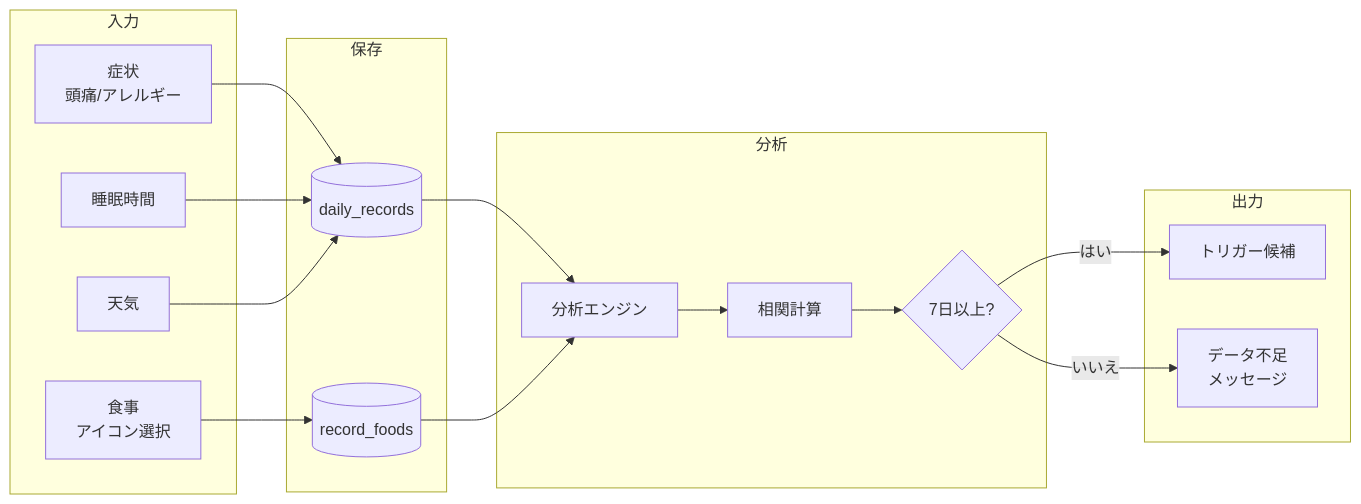
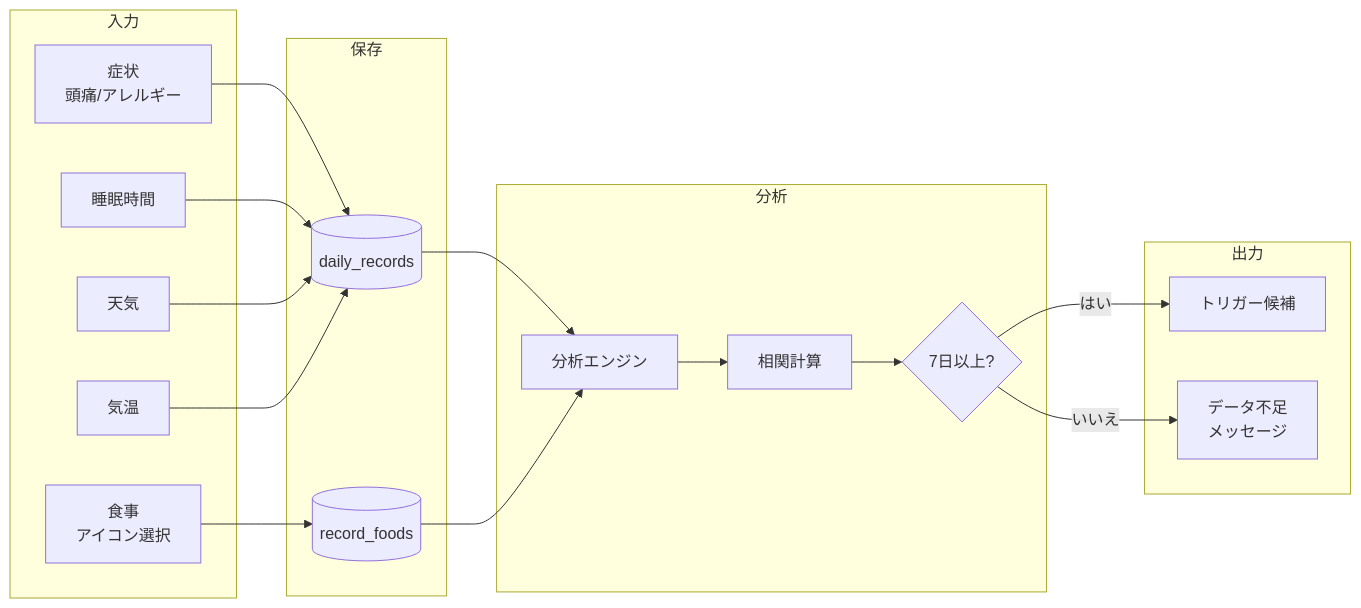
Diagram 12 of 15 in document/APP/sequence.md (Syota622/TriggerSearch), drawn with Mermaid before and after one commit. The commit also changed other lines of this file and 3 other files, not shown here.

````diff
--- a/document/APP/sequence.md
+++ b/document/APP/sequence.md
@@ -260,37 +366,39 @@
 ```mermaid
 flowchart LR
     subgraph 入力
         A[症状<br/>頭痛/アレルギー]
-        B[食事<br/>アイコン選択]
-        C[睡眠時間]
-        D[天気]
+        B[睡眠時間]
+        C[天気]
+        D[気温]
+        E[食事<br/>アイコン選択]
     end
     
     subgraph 保存
-        E[(daily_records)]
-        F[(record_foods)]
+        F[(daily_records)]
+        G[(record_foods)]
     end
     
     subgraph 分析
-        G[分析エンジン]
-        H[相関計算]
-        I{7日以上?}
+        H[分析エンジン]
+        I[相関計算]
+        J{7日以上?}
     end
     
     subgraph 出力
-        J[トリガー候補]
-        K[データ不足<br/>メッセージ]
+        K[トリガー候補]
+        L[データ不足<br/>メッセージ]
     end
     
-    A --> E
+    A --> F
     B --> F
-    C --> E
-    D --> E
+    C --> F
+    D --> F
+    E --> G
     
-    E --> G
-    F --> G
+    F --> H
     G --> H
     H --> I
-    I -->|はい| J
-    I -->|いいえ| K
+    I --> J
+    J -->|はい| K
+    J -->|いいえ| L
 ```
````
